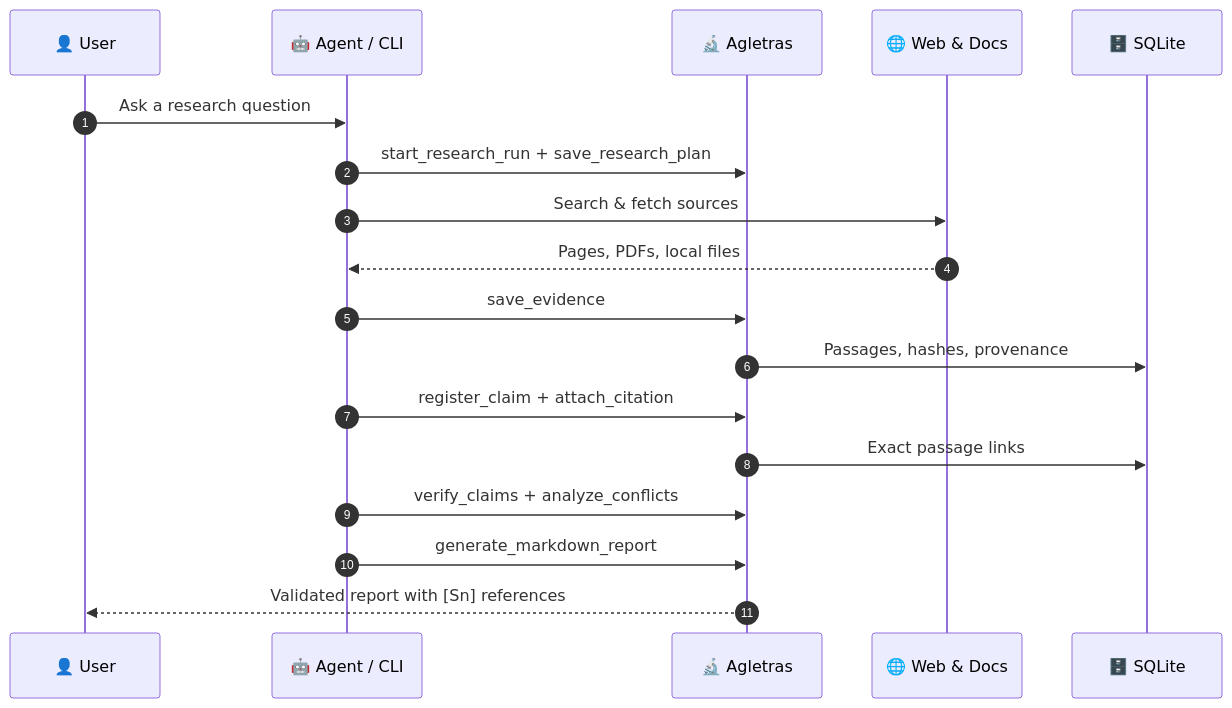
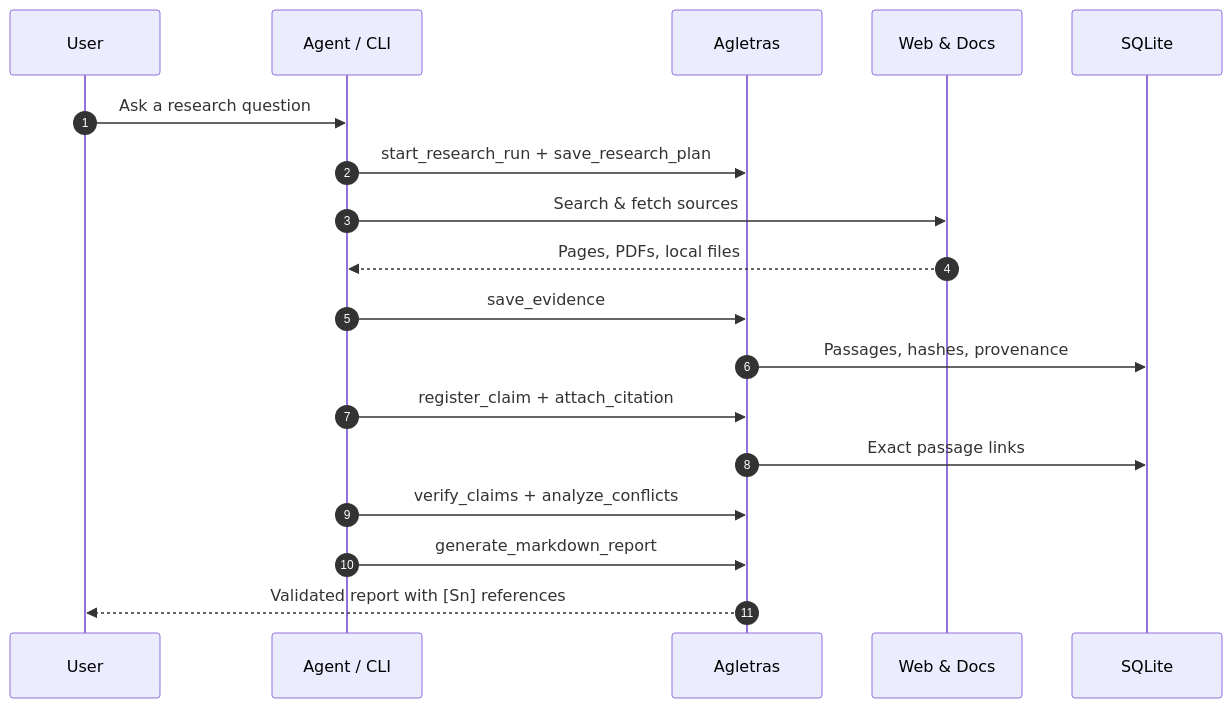
One commit to Agletras/Agletras-mcp changed the second of 6 diagrams in README.md. Above: the diagram before and after it, drawn with Mermaid. The commit also changed other lines of this file, not shown here.

````diff
--- a/README.md
+++ b/README.md
@@ -76,21 +76,21 @@
 ```mermaid
 sequenceDiagram
     autonumber
-    participant U as 👤 User
-    participant A as 🤖 Agent / CLI
-    participant S as 🔬 Agletras
-    participant W as 🌐 Web & Docs
-    participant D as 🗄️ SQLite
+    participant U as User
+    participant A as Agent / CLI
+    participant S as Agletras
+    participant W as Web & Docs
+    participant D as SQLite
 
     U->>A: Ask a research question
     A->>S: start_research_run + save_research_plan
     A->>W: Search & fetch sources
     W-->>A: Pages, PDFs, local files
     A->>S: save_evidence
     S->>D: Passages, hashes, provenance
     A->>S: register_claim + attach_citation
     S->>D: Exact passage links
     A->>S: verify_claims + analyze_conflicts
     A->>S: generate_markdown_report
     S-->>U: Validated report with [Sn] references
 ```
````
